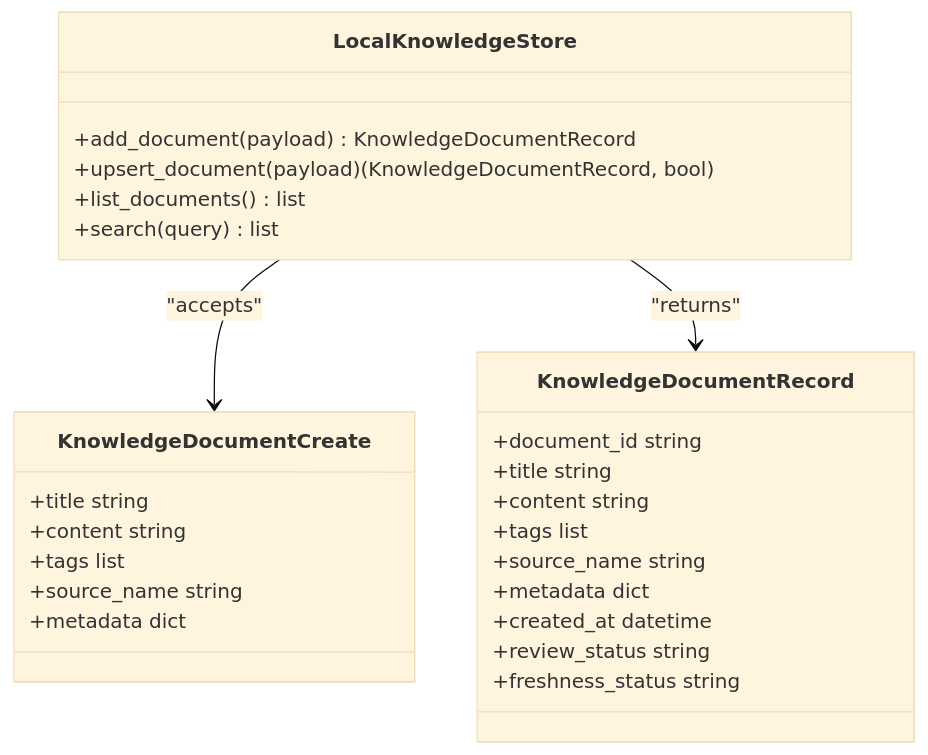
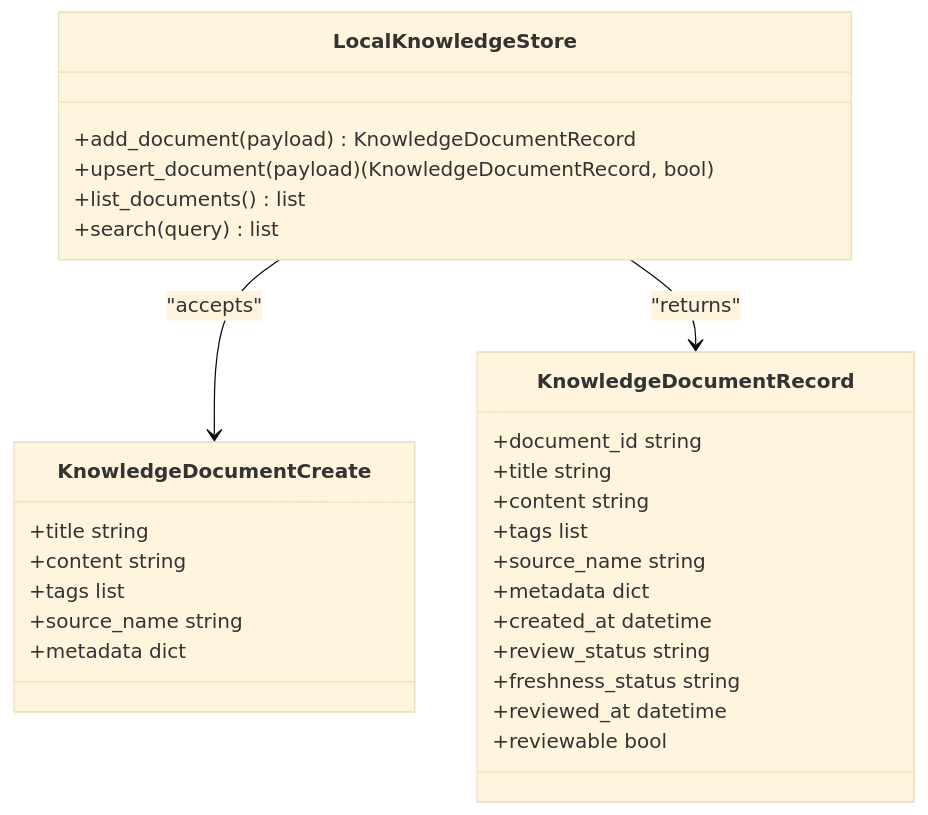
One commit to intellistream/sage-mate changed the ninth of 12 diagrams in .qoder/repowiki/en/content/Project Overview/Project Overview.md. Above: the diagram before and after it, drawn with Mermaid (base theme). The commit also changed other lines of this file and 101 other files, not shown here.

````diff
--- a/.qoder/repowiki/en/content/Project Overview/Project Overview.md
+++ b/.qoder/repowiki/en/content/Project Overview/Project Overview.md
@@ -396,29 +614,31 @@
 ```mermaid
 classDiagram
 class LocalKnowledgeStore {
 +add_document(payload) KnowledgeDocumentRecord
 +upsert_document(payload) (KnowledgeDocumentRecord, bool)
 +list_documents() list
 +search(query) list
 }
 class KnowledgeDocumentCreate {
 +title string
 +content string
 +tags list
 +source_name string
 +metadata dict
 }
 class KnowledgeDocumentRecord {
 +document_id string
 +title string
 +content string
 +tags list
 +source_name string
 +metadata dict
 +created_at datetime
 +review_status string
 +freshness_status string
++reviewed_at datetime
++reviewable bool
 }
 LocalKnowledgeStore --> KnowledgeDocumentCreate : "accepts"
 LocalKnowledgeStore --> KnowledgeDocumentRecord : "returns"
 ```
````
